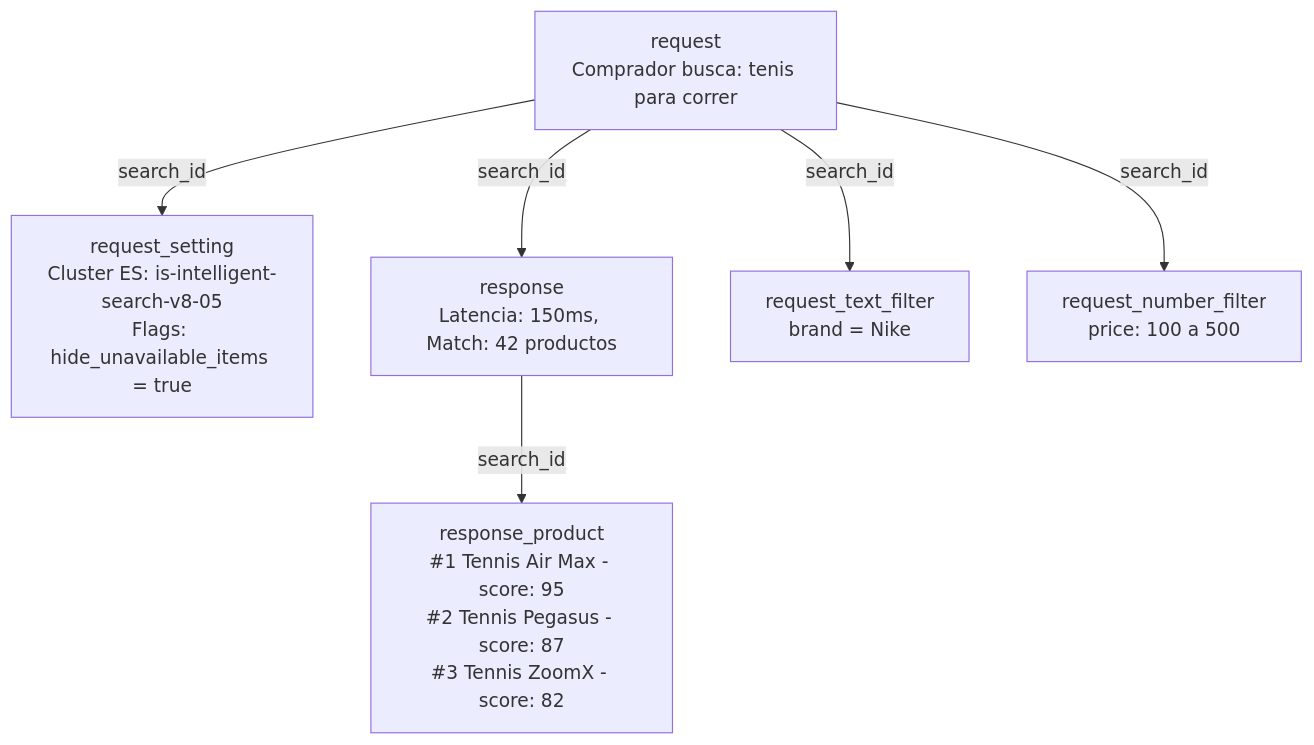
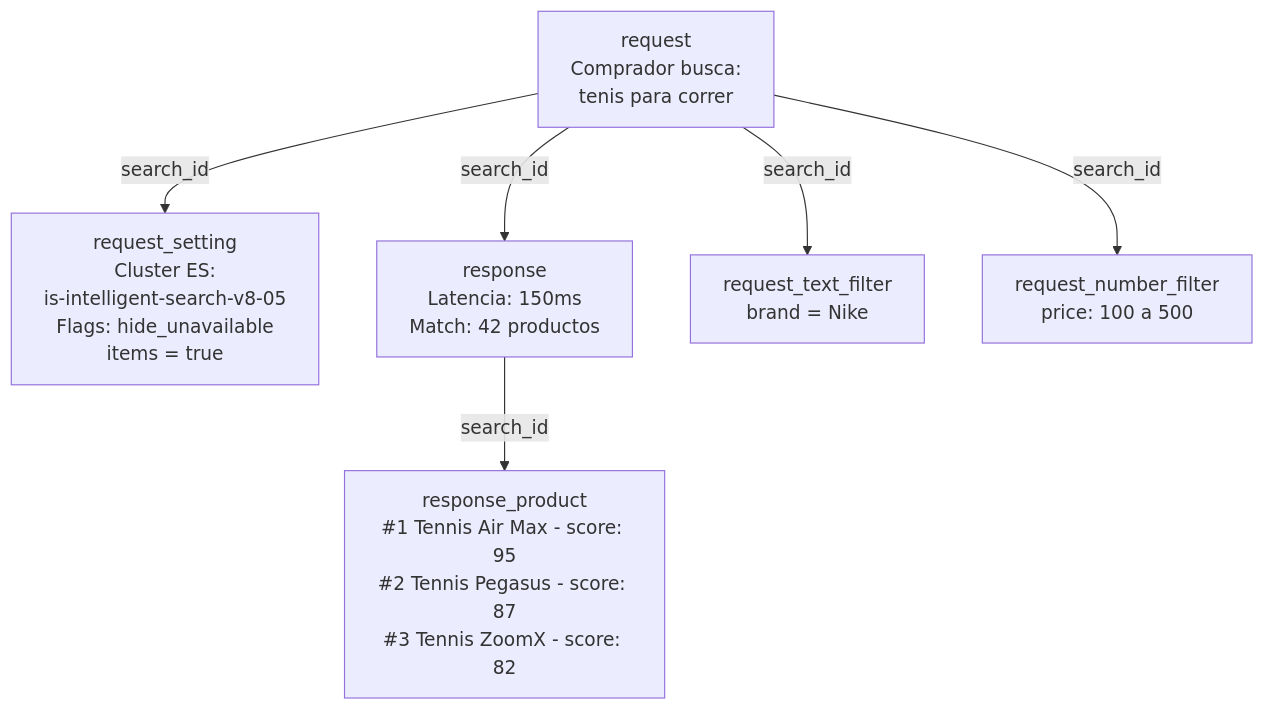
One commit to vtexdocs/help-center-content changed the second of 4 diagrams in docs/es/tutorials/beta/vtex-data-pipeline-beta/busqueda-y-recomendaciones-data-pipeline.md. Above: the diagram before and after it, drawn with Mermaid. The commit also changed other lines of this file and 5 other files, not shown here.

````diff
--- a/docs/es/tutorials/beta/vtex-data-pipeline-beta/busqueda-y-recomendaciones-data-pipeline.md
+++ b/docs/es/tutorials/beta/vtex-data-pipeline-beta/busqueda-y-recomendaciones-data-pipeline.md
@@ -108,11 +109,12 @@
 ```mermaid
+%%{init: {'flowchart': {'htmlLabels': true, 'useMaxWidth': false, 'wrappingWidth': 220, 'padding': 14}}}%%
 flowchart TD
-    REQ["request\nComprador busca: tenis para correr"]
+    REQ["request<br/>Comprador busca:<br/>tenis para correr"]
 
-    REQ -->|"search_id"| SETTING["request_setting\nCluster ES: is-intelligent-search-v8-05\nFlags: hide_unavailable_items = true"]
-    REQ -->|"search_id"| RESP["response\nLatencia: 150ms, Match: 42 productos"]
-    REQ -->|"search_id"| TF["request_text_filter\nbrand = Nike"]
-    REQ -->|"search_id"| NF["request_number_filter\nprice: 100 a 500"]
+    REQ -->|"search_id"| SETTING["request_setting<br/>Cluster ES:<br/>is-intelligent-search-v8-05<br/>Flags: hide_unavailable<br/>items = true"]
+    REQ -->|"search_id"| RESP["response<br/>Latencia: 150ms<br/>Match: 42 productos"]
+    REQ -->|"search_id"| TF["request_text_filter<br/>brand = Nike"]
+    REQ -->|"search_id"| NF["request_number_filter<br/>price: 100 a 500"]
 
-    RESP -->|"search_id"| RP["response_product\n#1 Tennis Air Max - score: 95\n#2 Tennis Pegasus - score: 87\n#3 Tennis ZoomX - score: 82"]
+    RESP -->|"search_id"| RP["response_product<br/>#1 Tennis Air Max - score: 95<br/>#2 Tennis Pegasus - score: 87<br/>#3 Tennis ZoomX - score: 82"]
 ```
````
